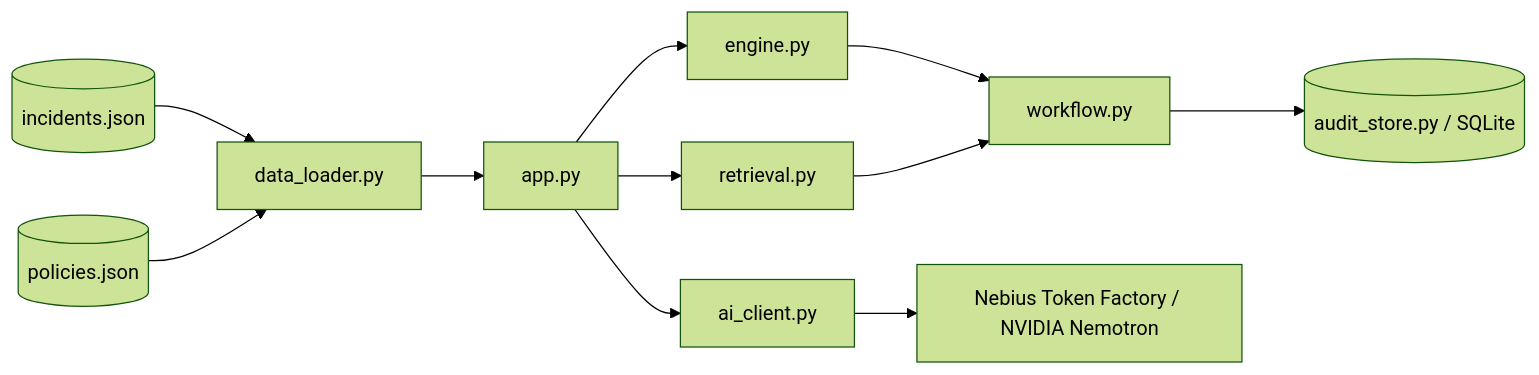
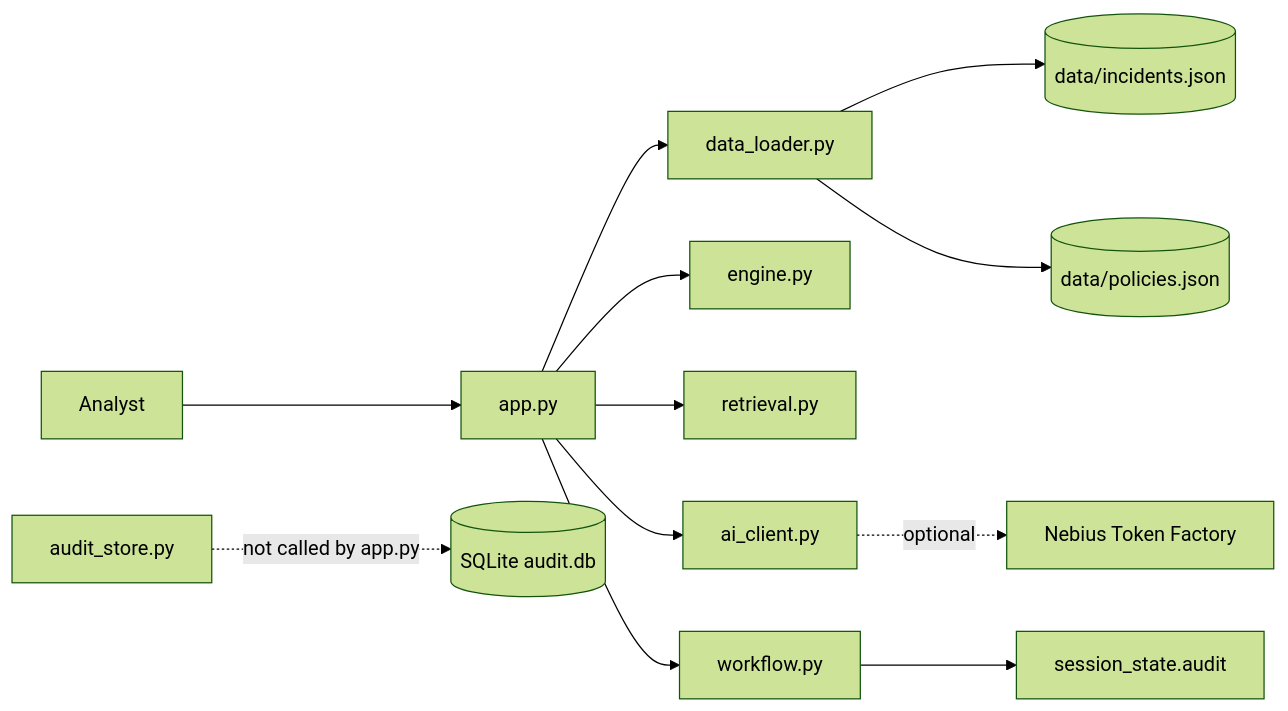
One commit to Kush760/GuardBee changed the diagram in docs/ARCHITECTURE.md. Above: the diagram before and after it, drawn with Mermaid (forest theme). The commit also changed other lines of this file and 65 other files, not shown here.

````diff
--- a/docs/ARCHITECTURE.md
+++ b/docs/ARCHITECTURE.md
@@ -5,13 +26,14 @@
 ```mermaid
 flowchart LR
-  I[(incidents.json)] --> D[data_loader.py]
-  P[(policies.json)] --> D
-  D --> A[app.py]
-  A --> E[engine.py]
-  A --> R[retrieval.py]
-  E --> W[workflow.py]
-  R --> W
-  A --> C[ai_client.py]
-  C --> N[Nebius Token Factory / NVIDIA Nemotron]
-  W --> S[(audit_store.py / SQLite)]
+  Analyst[Analyst] --> UI[app.py]
+  UI --> Loader[data_loader.py]
+  Loader --> Inc[(data/incidents.json)]
+  Loader --> Pol[(data/policies.json)]
+  UI --> Engine[engine.py]
+  UI --> Retrieval[retrieval.py]
+  UI --> AI[ai_client.py]
+  AI -. optional .-> Nebius[Nebius Token Factory]
+  UI --> WF[workflow.py]
+  WF --> SessionAudit[session_state.audit]
+  AuditMod[audit_store.py] -.->|not called by app.py| DB[(SQLite audit.db)]
 ```
````
